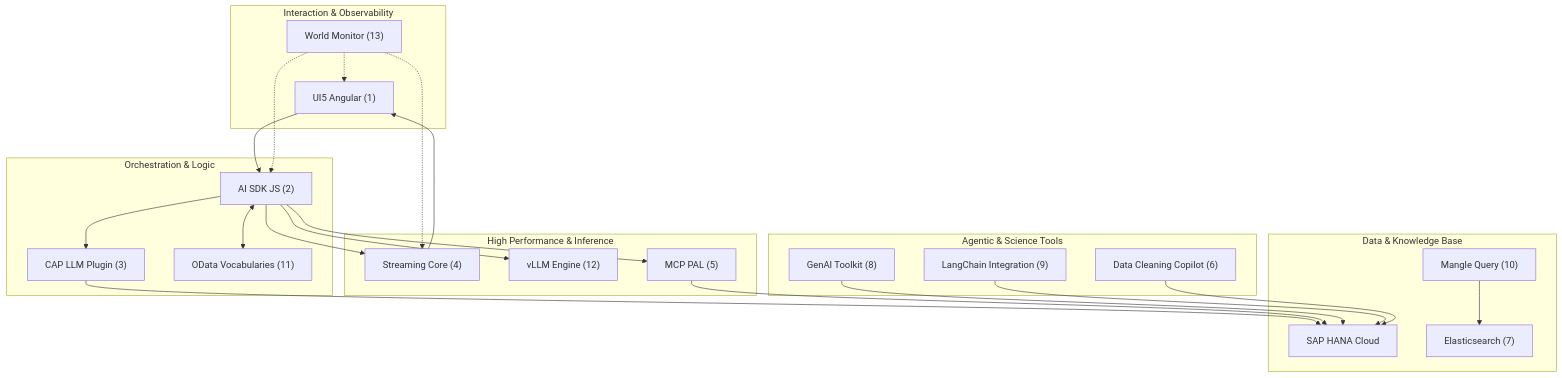
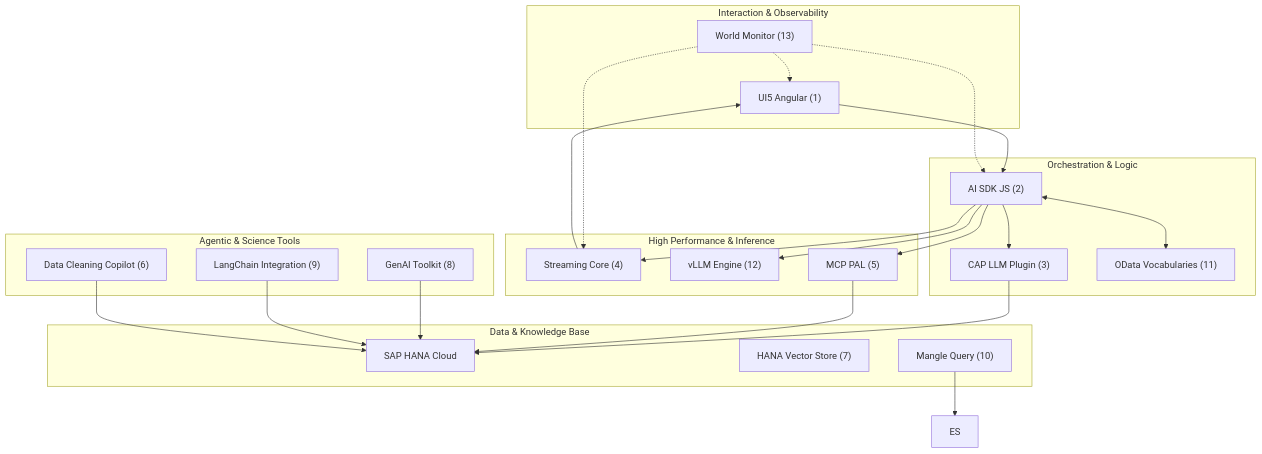
Before and after one commit to GJKarthik/sap-oss-v1: the second of 7 diagrams in docs/business-briefs/04-ensemble-of-services.md, drawn with Mermaid. The commit also changed other lines of this file and 4376 other files, not shown here.

````diff
--- a/docs/business-briefs/04-ensemble-of-services.md
+++ b/docs/business-briefs/04-ensemble-of-services.md
@@ -63,48 +63,48 @@
 ```mermaid
 flowchart TD
     subgraph InteractionLayer["Interaction & Observability"]
         UI["UI5 Angular (1)"]
         WM["World Monitor (13)"]
     end
 
     subgraph OrchestrationLayer["Orchestration & Logic"]
         SDK["AI SDK JS (2)"]
         CAP["CAP LLM Plugin (3)"]
         ODATA["OData Vocabularies (11)"]
     end
 
     subgraph InferenceLayer["High Performance & Inference"]
         STR["Streaming Core (4)"]
         VLLM["vLLM Engine (12)"]
         PAL["MCP PAL (5)"]
     end
 
     subgraph DataLayer["Data & Knowledge Base"]
         HANA["SAP HANA Cloud"]
-        ES["Elasticsearch (7)"]
+        HVS["HANA Vector Store (7)"]
         MANGLE["Mangle Query (10)"]
     end
 
     subgraph AgenticLayer["Agentic & Science Tools"]
         COPILOT["Data Cleaning Copilot (6)"]
         TK["GenAI Toolkit (8)"]
         LC["LangChain Integration (9)"]
     end
 
     UI --> SDK
     SDK --> STR
     STR --> UI
     SDK <--> ODATA
     SDK --> CAP
     CAP --> HANA
     SDK --> PAL
     PAL --> HANA
     TK --> HANA
     LC --> HANA
     COPILOT --> HANA
     MANGLE --> ES
     SDK --> VLLM
     WM -.-> UI
     WM -.-> SDK
     WM -.-> STR
 ```
````
